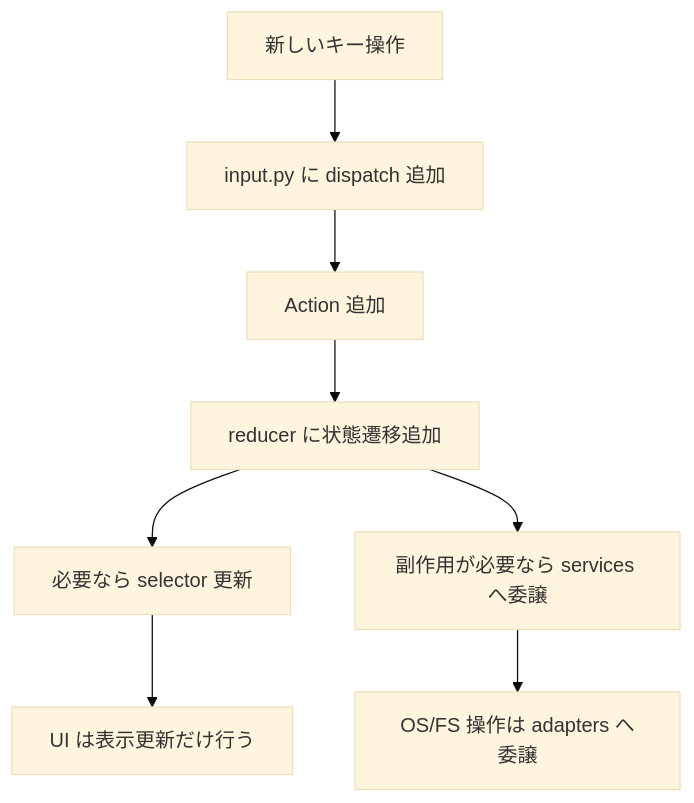
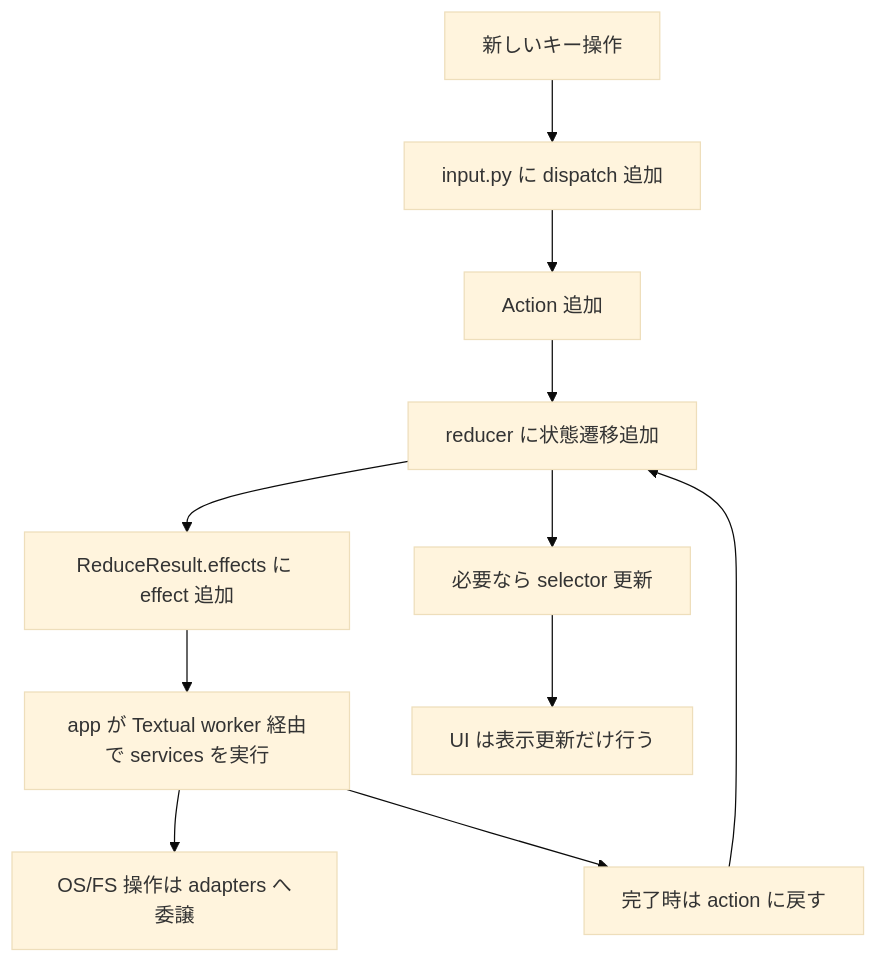
The fourth of 4 diagrams in docs/architecture.md (devgamesan/peneo), drawn with Mermaid (base theme) before and after one commit. The commit also changed other lines of this file and 17 other files, not shown here.

````diff
--- a/docs/architecture.md
+++ b/docs/architecture.md
@@ -179,10 +187,13 @@
 ```mermaid
 flowchart TD
     Key["新しいキー操作"] --> Input["input.py に dispatch 追加"]
     Input --> Action["Action 追加"]
     Action --> Reducer["reducer に状態遷移追加"]
+    Reducer --> Effect["ReduceResult.effects に effect 追加"]
     Reducer --> Selector["必要なら selector 更新"]
-    Reducer --> Service["副作用が必要なら services へ委譲"]
+    Effect --> Service["app が Textual worker 経由で services を実行"]
     Service --> Adapter["OS/FS 操作は adapters へ委譲"]
+    Service --> ActionBack["完了時は action に戻す"]
+    ActionBack --> Reducer
     Selector --> UI["UI は表示更新だけ行う"]
 ```
````
